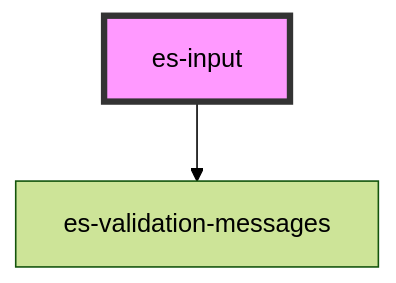
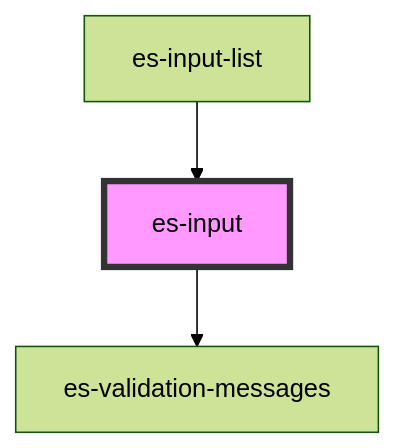
Before and after one commit to EventStore/Design-System: the diagram in packages/fields/src/components/es-input/readme.md, drawn with Mermaid (forest theme). The commit also changed other lines of this file and 5 other files, not shown here.

Commit message:
add es-input-list

````diff
--- a/packages/fields/src/components/es-input/readme.md
+++ b/packages/fields/src/components/es-input/readme.md
@@ -39,5 +43,6 @@
 ```mermaid
 graph TD;
   es-input --> es-validation-messages
+  es-input-list --> es-input
   style es-input fill:#f9f,stroke:#333,stroke-width:4px
 ```
````
